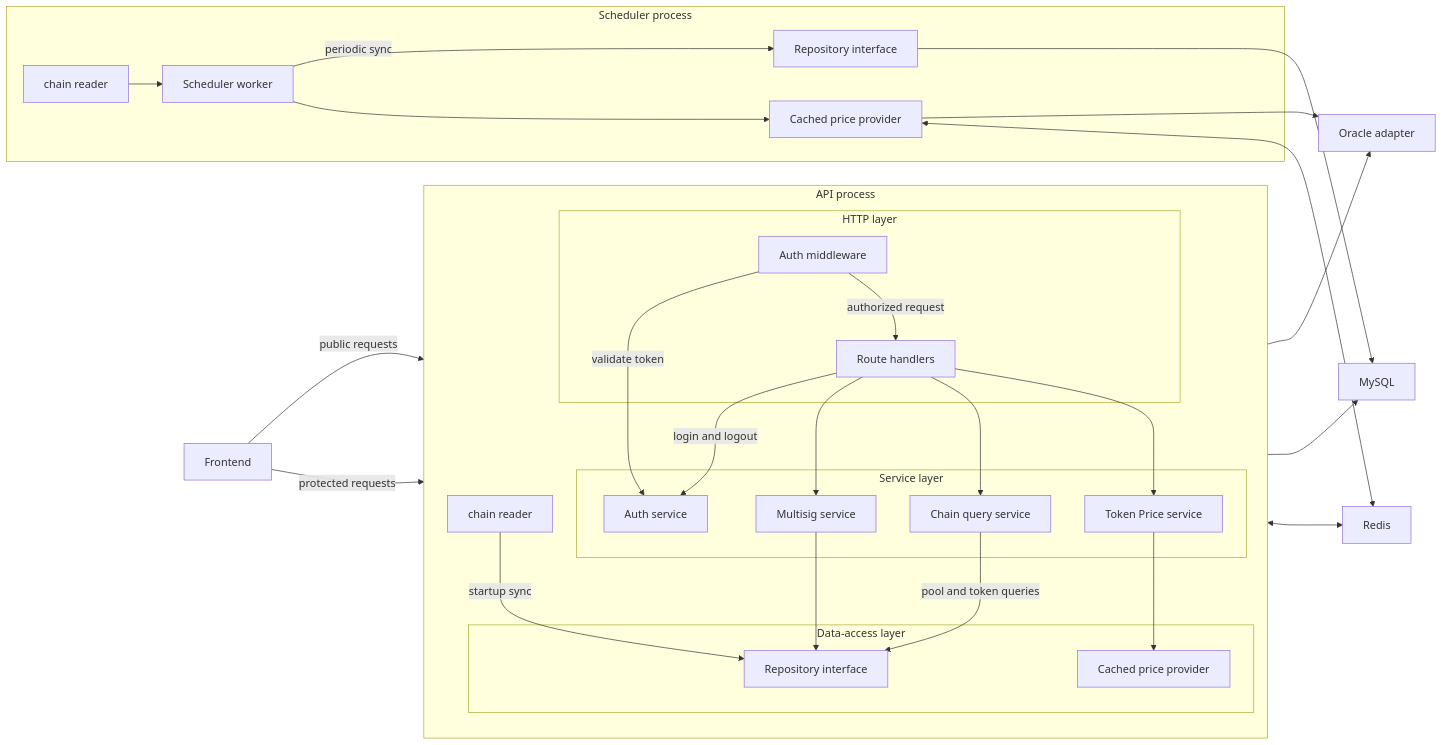
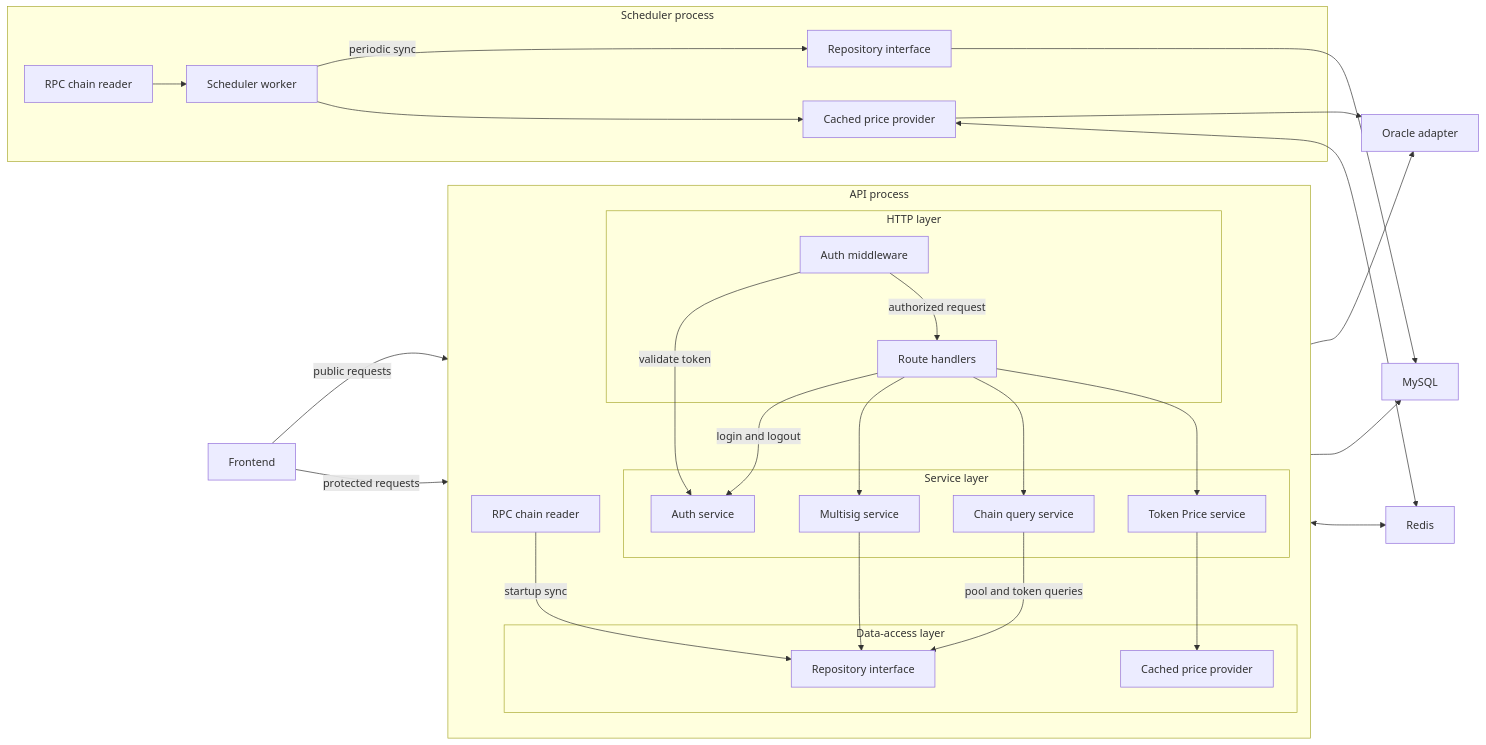
One commit to lancechuangdev/prism changed the diagram in backend/README.md. Above: the diagram before and after it, drawn with Mermaid. The commit also changed other lines of this file and 6 other files, not shown here.

Commit message:
use rpc reader and update docker compose

````diff
--- a/backend/README.md
+++ b/backend/README.md
@@ -17,49 +26,49 @@
 ```mermaid
 flowchart LR
   Client[Frontend] -->|public requests| Routes
   Client -->|protected requests| AuthMiddleware
 
   subgraph APIProcess[API process]
     direction TB
     subgraph HTTPAPI[HTTP layer]
       AuthMiddleware[Auth middleware]
       Routes[Route handlers]
       AuthMiddleware -->|authorized request| Routes
     end
 
     subgraph APIServices[Service layer]
       Auth[Auth service]
       ChainService[Chain query service]
       MultiSig[Multisig service]
       PriceService[Token Price service]
     end
 
     subgraph APIData[Data-access layer]
       APIRepo[Repository interface]
       APICachedProvider[Cached price provider]
     end
 
     Routes -->|login and logout| Auth
     AuthMiddleware -->|validate token| Auth
     Routes --> ChainService
     Routes --> MultiSig
     Routes --> PriceService
     ChainService -->|pool and token queries| APIRepo
     MultiSig --> APIRepo
     PriceService --> APICachedProvider
-    DemoChainA[chain reader] -->|startup sync| APIRepo
+    RPCChainA[RPC chain reader] -->|startup sync| APIRepo
   end
 
   subgraph SchedulerProcess[Scheduler process]
     Scheduler[Scheduler worker] -->|periodic sync| SchedulerRepo[Repository interface]
-    DemoChainS[chain reader] --> Scheduler
+    RPCChainS[RPC chain reader] --> Scheduler
     Scheduler --> SchedulerCachedProvider[Cached price provider]
   end
 
   APICachedProvider --> OracleAdapter[Oracle adapter]
   SchedulerCachedProvider --> OracleAdapter[Oracle adapter]
   APIRepo --> MySQL
   SchedulerRepo --> MySQL
   APICachedProvider <--> Redis
   SchedulerCachedProvider <--> Redis
 ```
````
